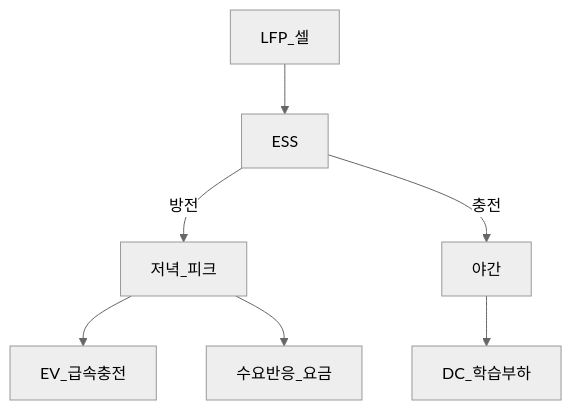
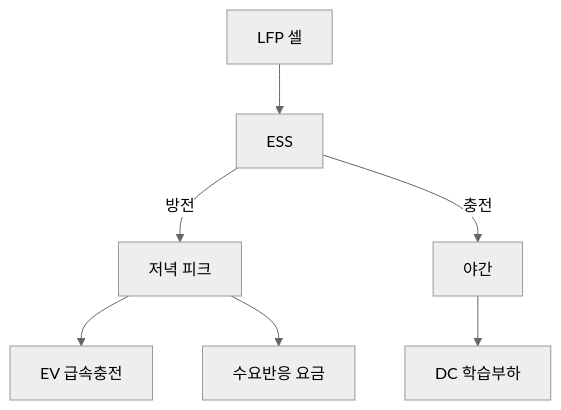
Before and after one commit to goldanghenry/Finances: the third of 3 diagrams in 03-markets/sectors/power-grid-electrification.md, drawn with Mermaid (neutral theme). The commit also changed other lines of this file and 211 other files, not shown here.

````diff
--- a/03-markets/sectors/power-grid-electrification.md
+++ b/03-markets/sectors/power-grid-electrification.md
@@ -155,9 +161,9 @@
 ```mermaid
 flowchart TB
-  Peak[저녁_피크] --> EVchg[EV_급속충전]
-  Peak --> DR[수요반응_요금]
-  Night[야간] --> DCtrain[DC_학습부하]
+  Peak["저녁 피크"] --> EVchg["EV 급속충전"]
+  Peak --> DR["수요반응 요금"]
+  Night[야간] --> DCtrain["DC 학습부하"]
   ESS2[ESS] -->|방전| Peak
   ESS2 -->|충전| Night
-  LFP[LFP_셀] --> ESS2
+  LFP["LFP 셀"] --> ESS2
 ```
````
